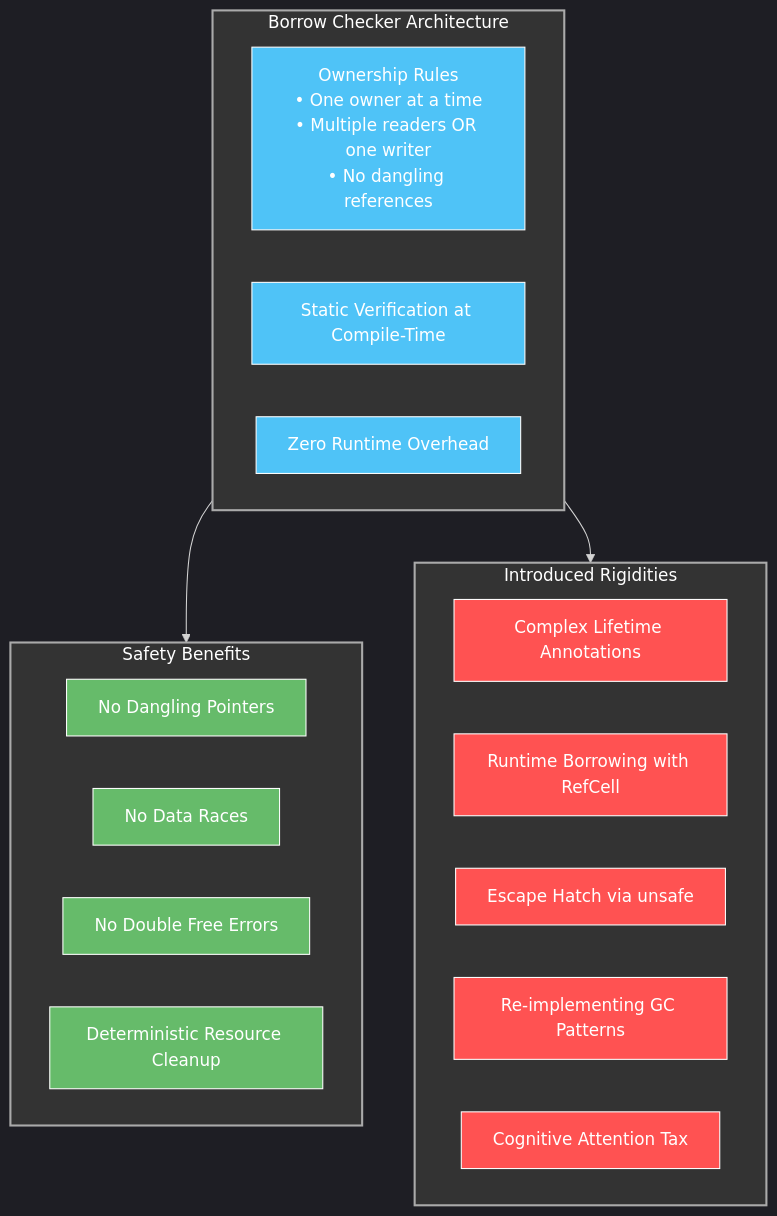
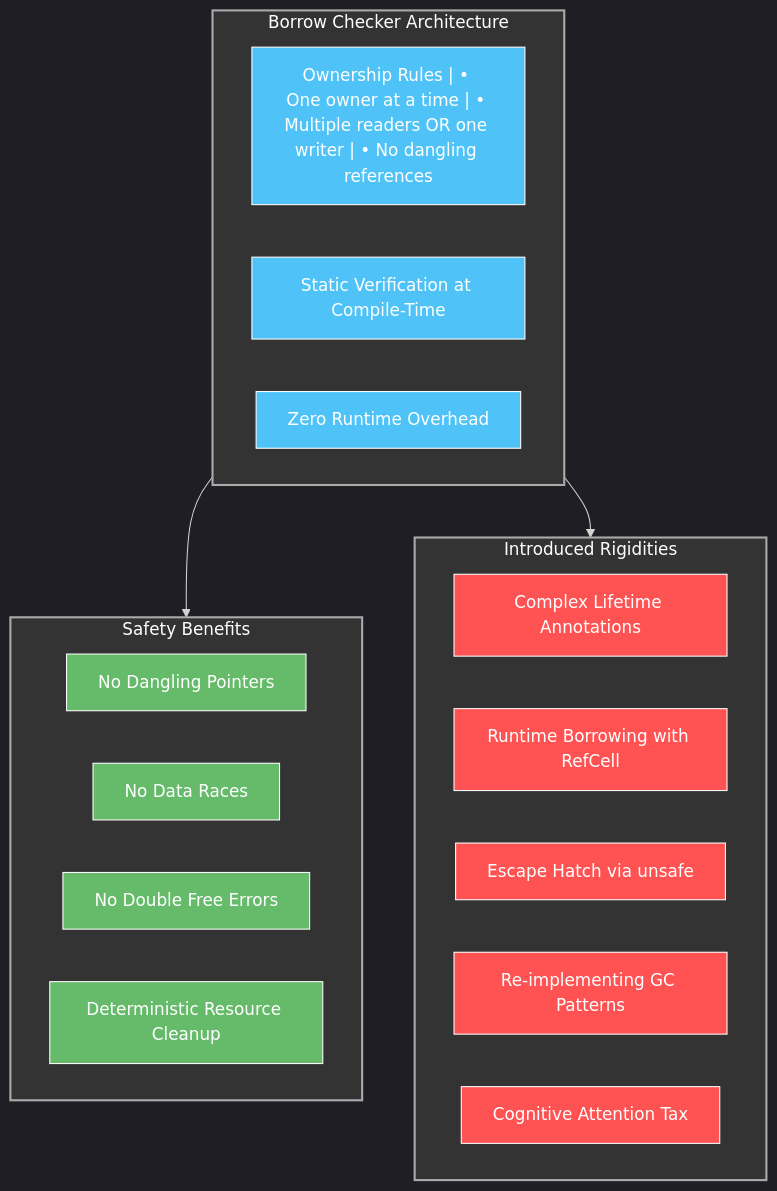
The first of 3 diagrams in 02 Rusts Journey Beyond Memory Safety.md (houstonhaynes/AD4SDocs), drawn with Mermaid before and after one commit. The commit also changed 4 other files, not shown here.

Commit message:
Fix mermaid diagrams

````diff
--- a/02 Rusts Journey Beyond Memory Safety.md
+++ b/02 Rusts Journey Beyond Memory Safety.md
@@ -96,43 +96,43 @@
 ```mermaid
 %%{init: {'theme': 'dark', 'themeVariables': { 'primaryColor': '#242424', 'primaryTextColor': '#fff', 'primaryBorderColor': '#888', 'lineColor': '#d3d3d3', 'secondaryColor': '#2b2b2b', 'tertiaryColor': '#333' }}}%%
 flowchart TD
     subgraph BorrowChecker["Borrow Checker Architecture"]
-        Rules["Ownership Rules\n• One owner at a time\n• Multiple readers OR one writer\n• No dangling references"]
+        Rules["Ownership Rules | • One owner at a time | • Multiple readers OR one writer | • No dangling references"]
         Verification["Static Verification at Compile-Time"]
         NoRuntime["Zero Runtime Overhead"]
     end
     
     subgraph Benefits["Safety Benefits"]
         NoDangling["No Dangling Pointers"]
         NoRaces["No Data Races"]
         NoDoubleFree["No Double Free Errors"]
         DeterministicCleanup["Deterministic Resource Cleanup"]
     end
     
     subgraph Rigidities["Introduced Rigidities"]
         Lifecycle["Complex Lifetime Annotations"]
         RefCells["Runtime Borrowing with RefCell"]
         Unsafe["Escape Hatch via unsafe"]
         GCPatterns["Re-implementing GC Patterns"]
         AttentionTax["Cognitive Attention Tax"]
     end
     
     BorrowChecker --> Benefits
     BorrowChecker --> Rigidities
     
     style BorrowChecker fill:#333,stroke:#aaa,stroke-width:2px,color:#fff
     style Benefits fill:#333,stroke:#aaa,stroke-width:2px,color:#fff
     style Rigidities fill:#333,stroke:#aaa,stroke-width:2px,color:#fff
     style Rules fill:#4FC3F7,stroke:#fff,stroke-width:1px,color:#fff
     style Verification fill:#4FC3F7,stroke:#fff,stroke-width:1px,color:#fff
     style NoRuntime fill:#4FC3F7,stroke:#fff,stroke-width:1px,color:#fff
     style NoDangling fill:#66BB6A,stroke:#fff,stroke-width:1px,color:#fff
     style NoRaces fill:#66BB6A,stroke:#fff,stroke-width:1px,color:#fff
     style NoDoubleFree fill:#66BB6A,stroke:#fff,stroke-width:1px,color:#fff
     style DeterministicCleanup fill:#66BB6A,stroke:#fff,stroke-width:1px,color:#fff
     style Lifecycle fill:#FF5252,stroke:#fff,stroke-width:1px,color:#fff
     style RefCells fill:#FF5252,stroke:#fff,stroke-width:1px,color:#fff
     style Unsafe fill:#FF5252,stroke:#fff,stroke-width:1px,color:#fff
     style GCPatterns fill:#FF5252,stroke:#fff,stroke-width:1px,color:#fff
     style AttentionTax fill:#FF5252,stroke:#fff,stroke-width:1px,color:#fff
 ```
````
